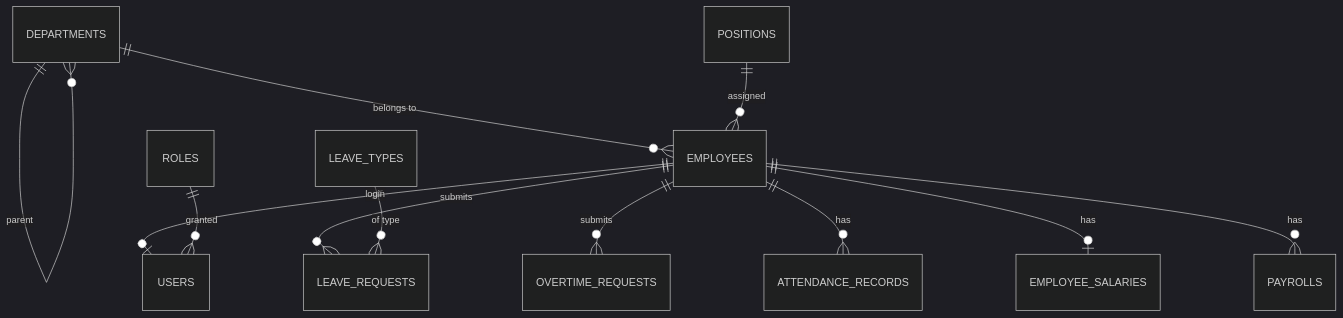
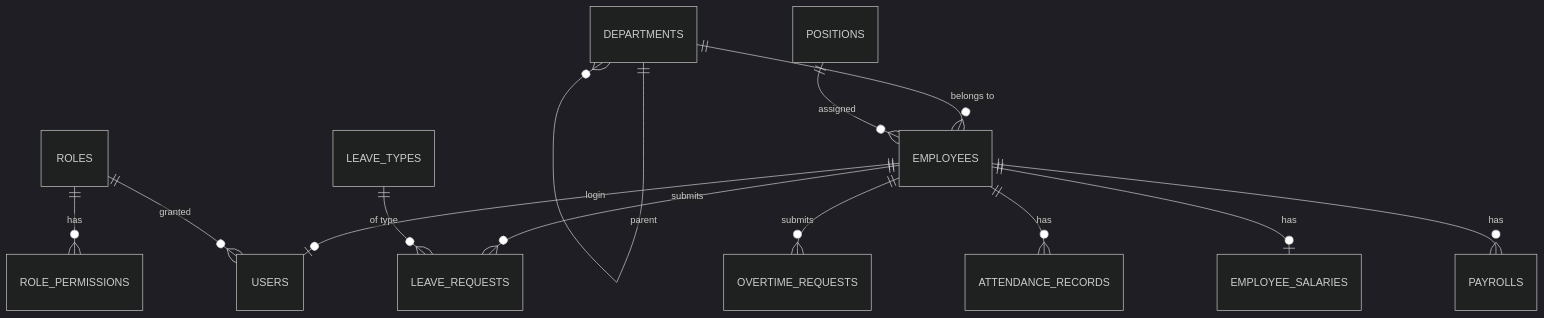
Before and after one commit to LenShi1989/hr_system: the diagram in docs/system-design.md, drawn with Mermaid (dark theme). The commit also changed other lines of this file and 1 other file, not shown here.

````diff
--- a/docs/system-design.md
+++ b/docs/system-design.md
@@ -44,14 +44,15 @@
 ```mermaid
 erDiagram
     DEPARTMENTS ||--o{ DEPARTMENTS : "parent"
     DEPARTMENTS ||--o{ EMPLOYEES : "belongs to"
     POSITIONS ||--o{ EMPLOYEES : "assigned"
     EMPLOYEES ||--o| USERS : "login"
     ROLES ||--o{ USERS : "granted"
+    ROLES ||--o{ ROLE_PERMISSIONS : "has"
     EMPLOYEES ||--o{ LEAVE_REQUESTS : "submits"
     LEAVE_TYPES ||--o{ LEAVE_REQUESTS : "of type"
     EMPLOYEES ||--o{ OVERTIME_REQUESTS : "submits"
     EMPLOYEES ||--o{ ATTENDANCE_RECORDS : "has"
     EMPLOYEES ||--o| EMPLOYEE_SALARIES : "has"
     EMPLOYEES ||--o{ PAYROLLS : "has"
 ```
````
